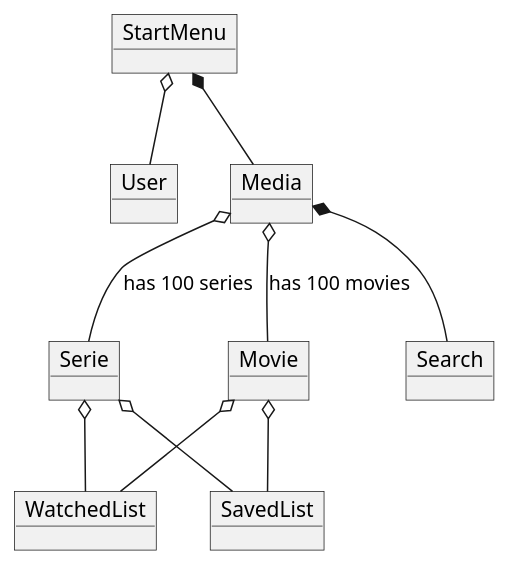
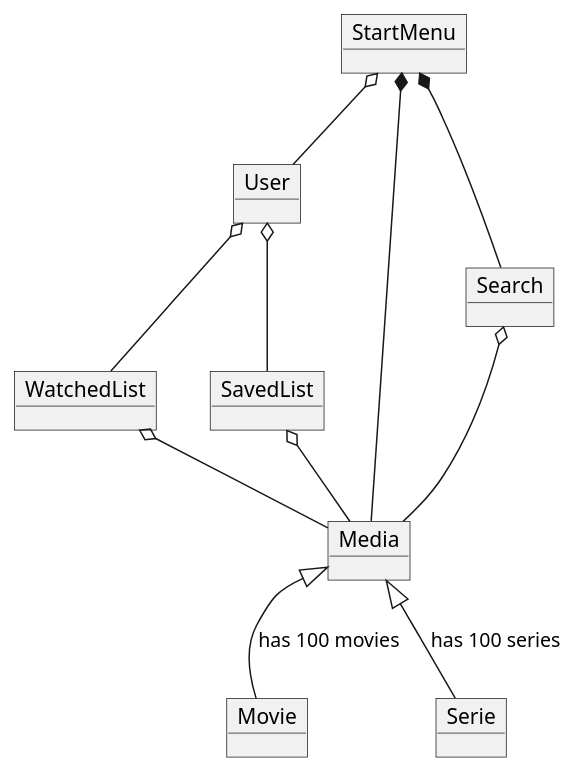
One commit to Madihakhan1/SP3 changed the diagram in .idea/Doc/Domainmodel.puml. Above: the diagram before and after it, drawn with PlantUML. The commit also changed 2 other files, not shown here.

```diff
--- a/.idea/Doc/Domainmodel.puml
+++ b/.idea/Doc/Domainmodel.puml
@@ -1,33 +1,32 @@
 @startuml
 'https://plantuml.com/object-diagram
 
 object StartMenu
 object User
 object Movie
 object Serie
 object Media
 object WatchedList
 object SavedList
 object Search
 
 
 StartMenu o-- User
 StartMenu *-- Media
 
 
-Media o-- Serie:has 100 series
-Media o-- Movie:has 100 movies
-Media *-- Search
+Media <|-- Serie:has 100 series
+Media <|-- Movie:has 100 movies
+StartMenu *-- Search
 
+Search o-- Media
 
-Movie o-- WatchedList
-Movie o-- SavedList
+User o-- WatchedList
+User o-- SavedList
 
-Serie o-- WatchedList
-Serie o-- SavedList
-
-
+WatchedList o-- Media
+SavedList o-- Media
 
 
 
 @enduml
```
